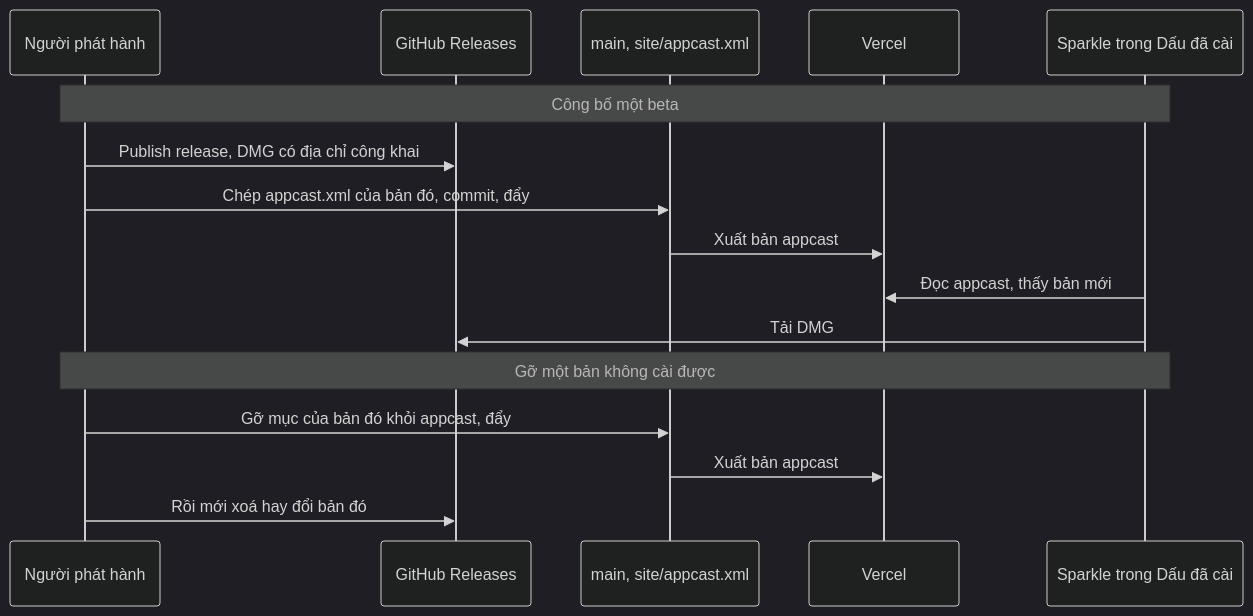
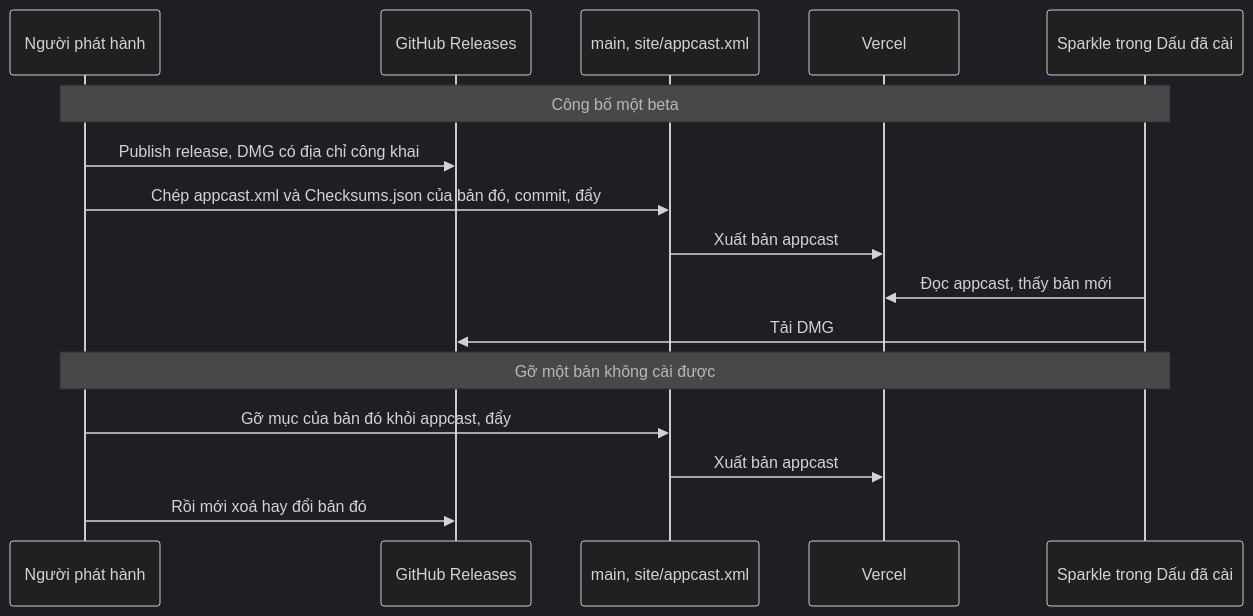
Before and after one commit to codefastlabs/dau: the fourth of 4 diagrams in docs/Releasing.md, drawn with Mermaid (dark theme). The commit also changed other lines of this file and 135 other files, not shown here.

````diff
--- a/docs/Releasing.md
+++ b/docs/Releasing.md
@@ -199,18 +215,18 @@
 ```mermaid
 sequenceDiagram
   participant R as Người phát hành
   participant GH as GitHub Releases
   participant M as main, site/appcast.xml
   participant V as Vercel
   participant S as Sparkle trong Dấu đã cài
   Note over R,S: Công bố một beta
   R->>GH: Publish release, DMG có địa chỉ công khai
-  R->>M: Chép appcast.xml của bản đó, commit, đẩy
+  R->>M: Chép appcast.xml và Checksums.json của bản đó, commit, đẩy
   M->>V: Xuất bản appcast
   S->>V: Đọc appcast, thấy bản mới
   S->>GH: Tải DMG
   Note over R,S: Gỡ một bản không cài được
   R->>M: Gỡ mục của bản đó khỏi appcast, đẩy
   M->>V: Xuất bản appcast
   R->>GH: Rồi mới xoá hay đổi bản đó
 ```
````
